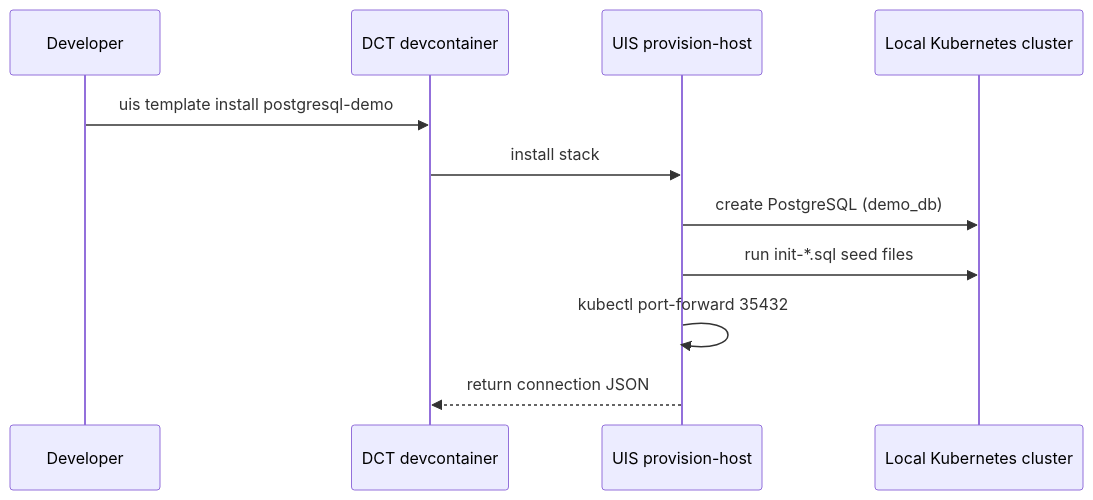
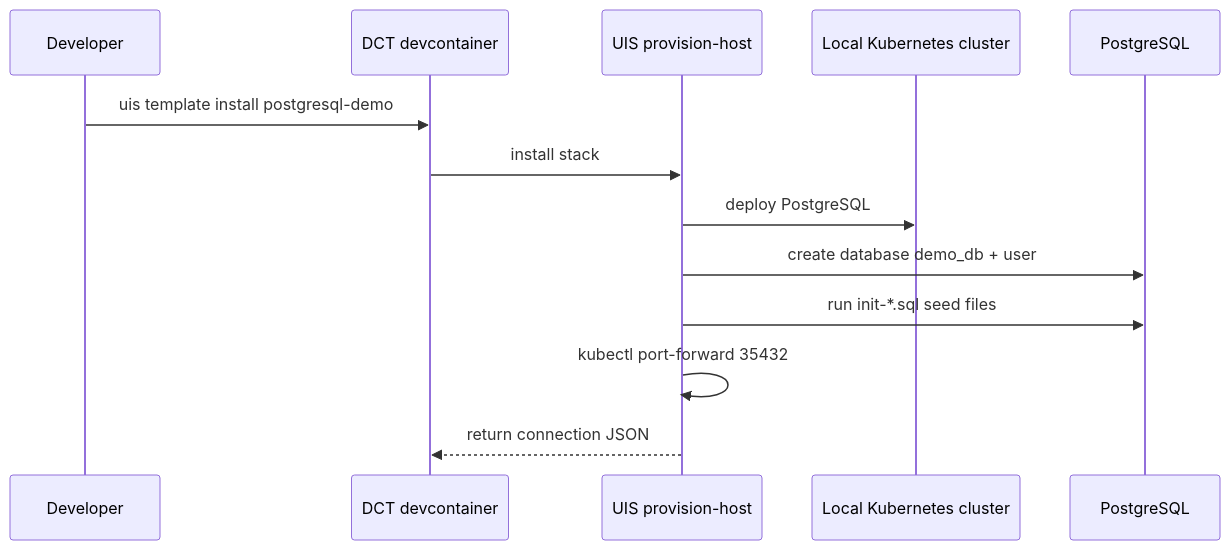
One commit to helpers-no/dev-templates changed the second of 2 diagrams in website/docs/templates/demo/postgresql-demo.mdx. Above: the diagram before and after it, drawn with Mermaid. The commit also changed 4 other files, not shown here.

First line of the commit message:
Architecture sequence: add DB participant, conditional deploy, init SQL

````diff
--- a/website/docs/templates/demo/postgresql-demo.mdx
+++ b/website/docs/templates/demo/postgresql-demo.mdx
@@ -63,13 +63,15 @@
 ```mermaid
 sequenceDiagram
     participant Dev as Developer
     participant DCT as DCT devcontainer
     participant UIS as UIS provision-host
     participant K8s as Local Kubernetes cluster
+    participant DB as PostgreSQL
     Dev->>DCT: uis template install postgresql-demo
     DCT->>UIS: install stack
-    UIS->>K8s: create PostgreSQL (demo_db)
-    UIS->>K8s: run init-*.sql seed files
+    UIS->>K8s: deploy PostgreSQL
+    UIS->>DB: create database demo_db + user
+    UIS->>DB: run init-*.sql seed files
     UIS->>UIS: kubectl port-forward 35432
     UIS-->>DCT: return connection JSON
 ```
````
